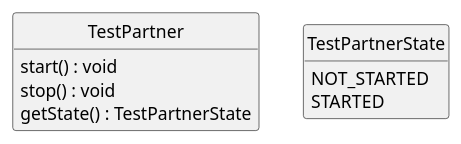
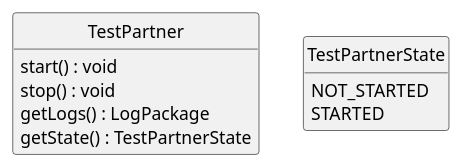
Before and after one commit to uniba-dsg/betsy: the diagram in doc/test-partner.puml, drawn with PlantUML. The commit also changed 7 other files, not shown here.

```diff
--- a/doc/test-partner.puml
+++ b/doc/test-partner.puml
@@ -1,21 +1,22 @@
 @startuml
 
 class TestPartner {
   start() : void
   stop() : void
+  getLogs() : LogPackage
   getState() : TestPartnerState
 }
 
 class TestPartnerState {
   NOT_STARTED
   STARTED
 }
 
 hide empty members
 hide empty methods
 hide circle
 
 skinparam monochrome true
 skinparam shadowing false
 skinparam packageStyle rect
 @enduml
```
